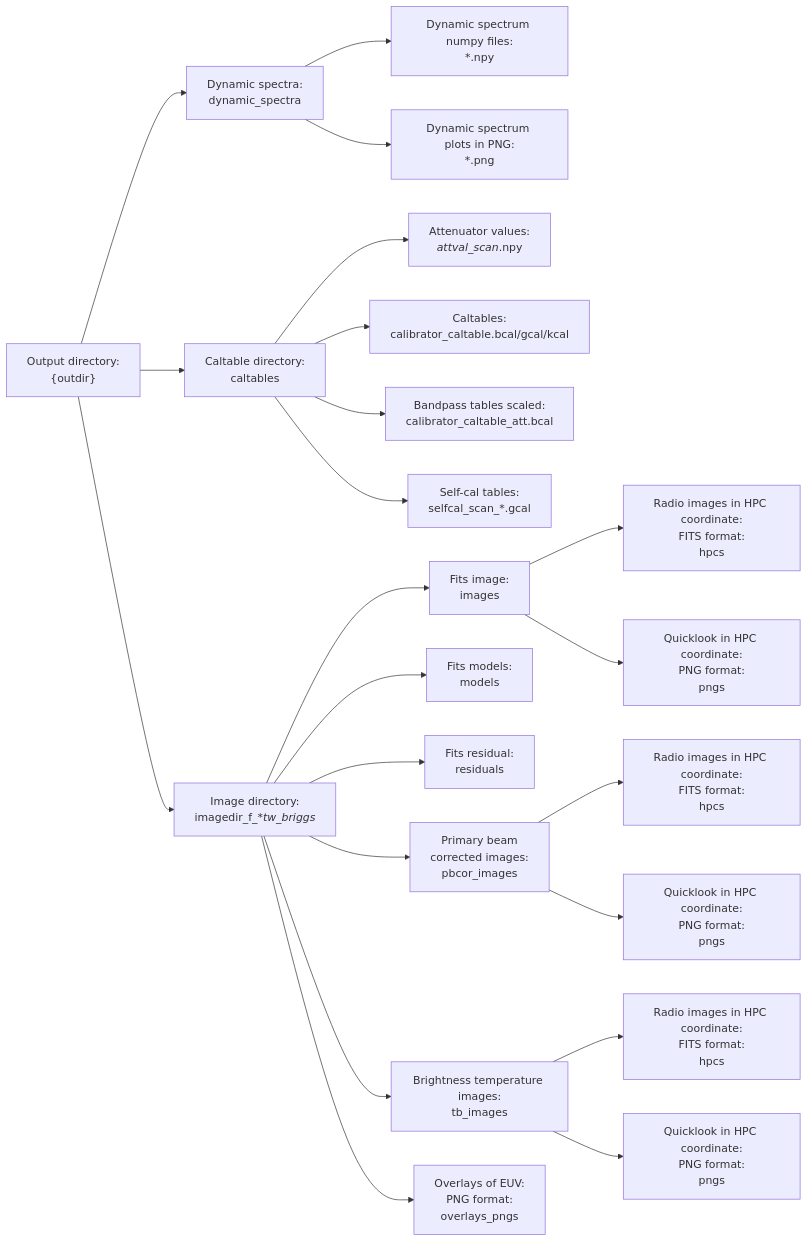
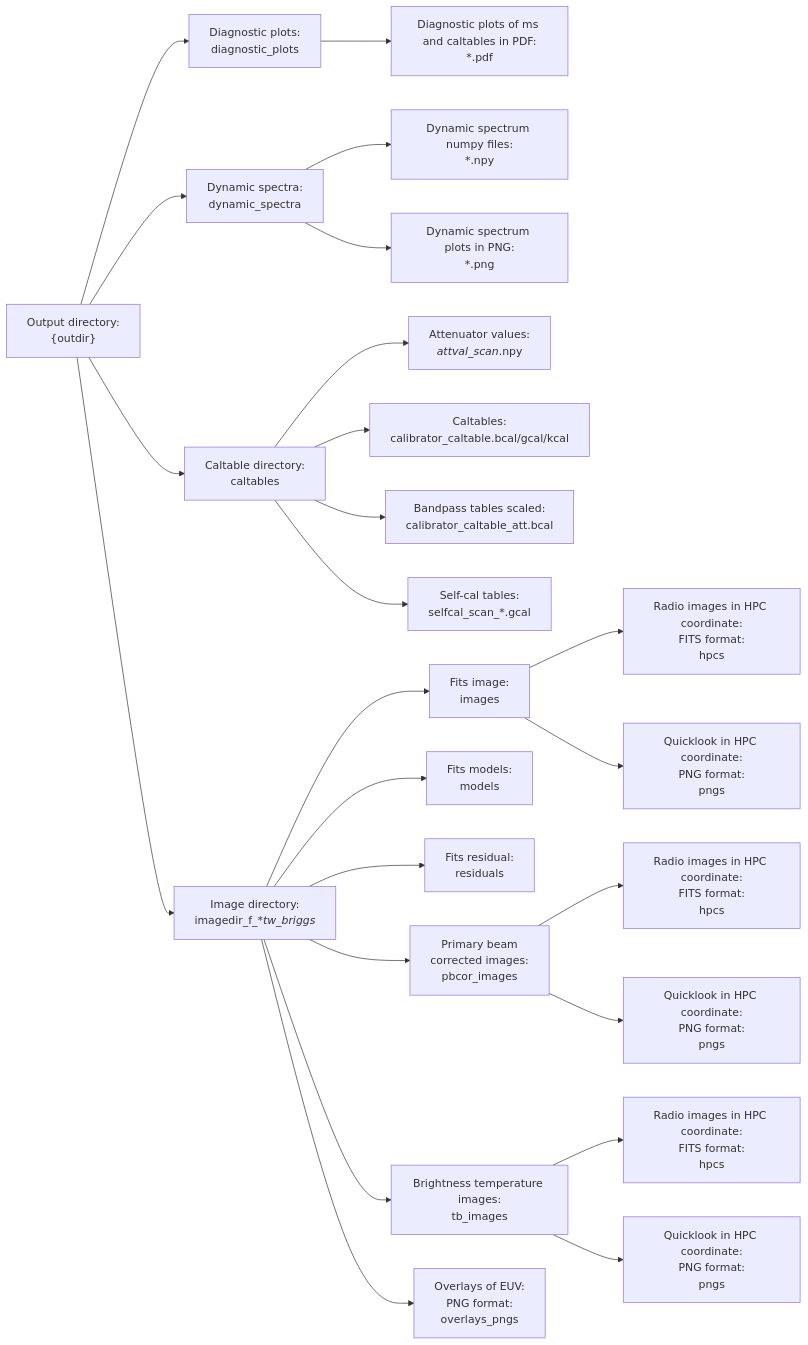
Before and after one commit to devojyoti96/MeerSOLAR: the second of 2 diagrams in docs/source/output.rst, drawn with Mermaid. The commit also changed other lines of this file and 88 other files, not shown here.

Commit message:
v3.3, with dask cluster scaling and diagnostic plots

```diff
--- a/docs/source/output.rst
+++ b/docs/source/output.rst
@@ -48,24 +48,26 @@
    .. mermaid::
 
        graph LR
            WD["Output directory:<br>{outdir}"] --> CALTABLE["Caltable directory:<br>caltables"]
+           WD --> DP["`Diagnostic plots:<br>diagnostic_plots`"]
+           DP --> DPPDF["`Diagnostic plots of ms and caltables in PDF:<br>*.pdf`"]
            WD --> DS["`Dynamic spectra:<br>dynamic_spectra`"]
            DS --> DSNPY["`Dynamic spectrum numpy files:<br>*.npy`"]
            DS --> DSPNG["`Dynamic spectrum plots in PNG:<br>*.png`"]
            WD --> IMG["`Image directory:<br>imagedir_f_*_t_*_w_briggs_*`"]
            CALTABLE --> ATT["`Attenuator values:<br>*_attval_scan_*.npy`"]
            CALTABLE --> CTBL["`Caltables:<br>calibrator_caltable.bcal/gcal/kcal`"]
            CALTABLE --> BPATT["`Bandpass tables scaled:<br>calibrator_caltable_att.bcal`"]
            CALTABLE --> SCTBL["`Self-cal tables:<br>selfcal_scan_*.gcal`"]
            IMG --> IMAGE["Fits image:<br>images"]
            IMG --> MODEL["Fits models:<br>models"]
            IMG --> RES["Fits residual:<br>residuals"]
            IMG --> PBCOR["`Primary beam<br>corrected images:<br>pbcor_images`"]
            IMG --> TBIMG["`Brightness temperature images:<br>tb_images`"]
            IMG --> OVRPNG["Overlays of EUV:<br>PNG format:<br>overlays_pngs"]
            IMAGE --> IMAGEHPC["Radio images in HPC coordinate:<br>FITS format:<br>hpcs"]
            PBCOR --> PBCORHPC["Radio images in HPC coordinate:<br>FITS format:<br>hpcs"]
            TBIMG --> TBIMGHPC["Radio images in HPC coordinate:<br>FITS format:<br>hpcs"]
            IMAGE --> IMAGEPNG["Quicklook in HPC coordinate:<br>PNG format:<br>pngs"]
            PBCOR --> PBCORPNG["Quicklook in HPC coordinate:<br>PNG format:<br>pngs"]
            TBIMG --> TBIMGPNG["Quicklook in HPC coordinate:<br>PNG format:<br>pngs"]
```
